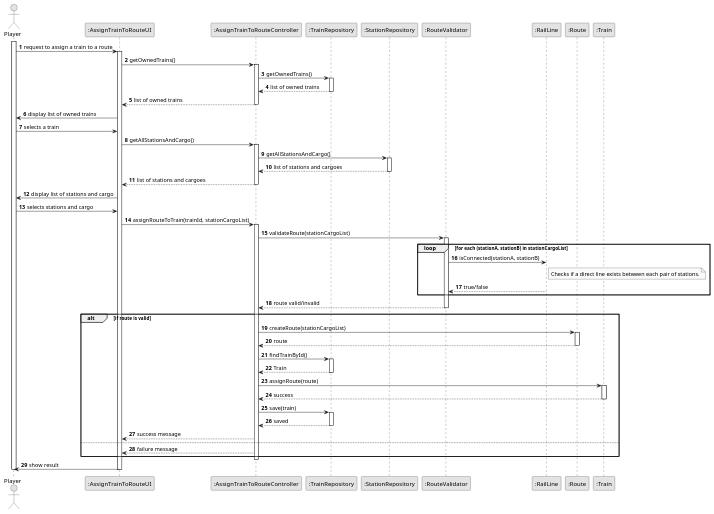
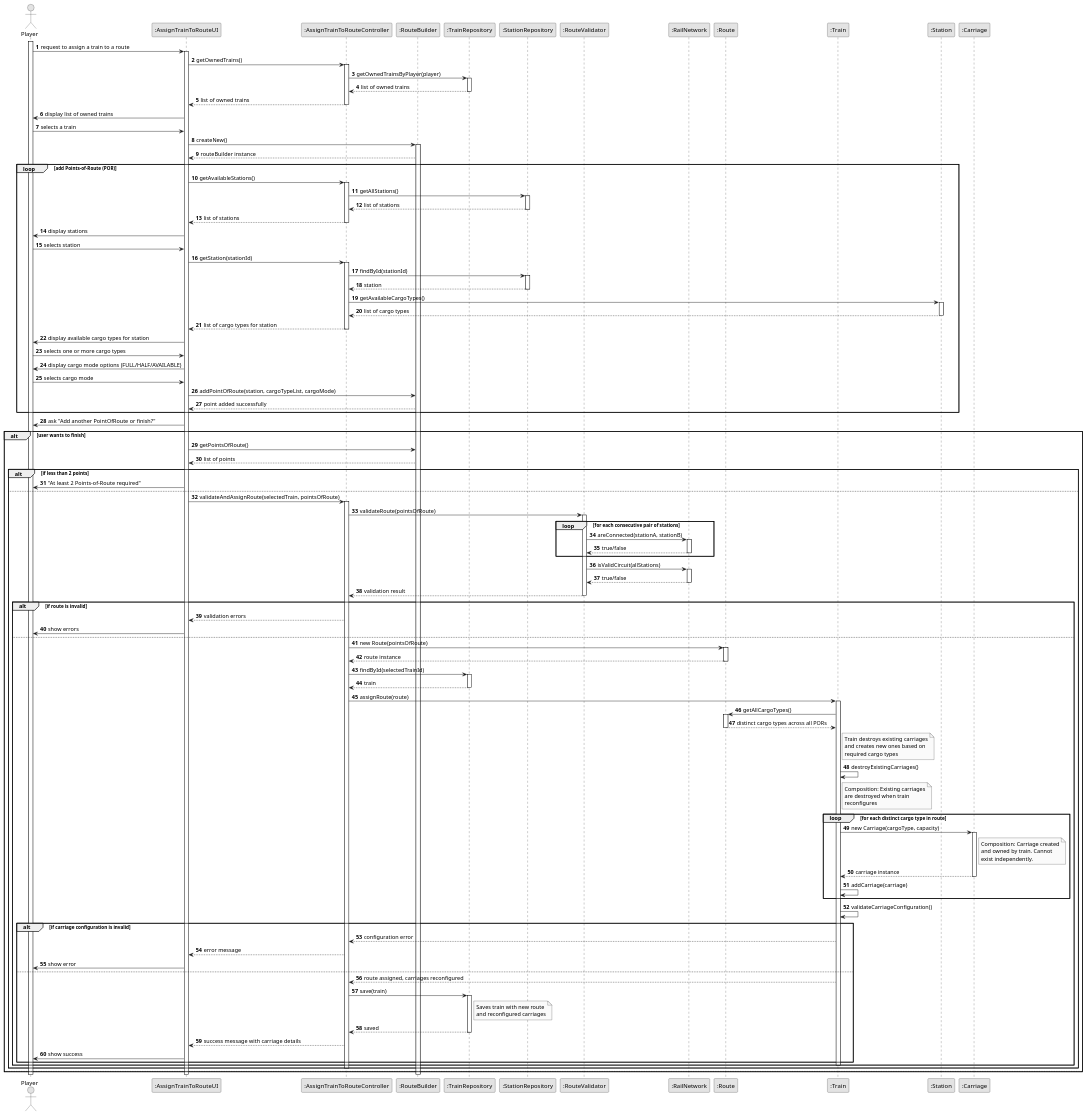
The diagram in docs/system-documentation/US010/03.design/puml/US010-SD-full.puml (1240826/empire-on-tracks), drawn with PlantUML before and after one commit. The commit also changed 3 other files, not shown here.

```diff
--- a/docs/system-documentation/US010/03.design/puml/US010-SD-full.puml
+++ b/docs/system-documentation/US010/03.design/puml/US010-SD-full.puml
@@ -1,94 +1,196 @@
 @startuml
 skinparam monochrome true
 skinparam packageStyle rectangle
 skinparam shadowing false
 
 autonumber
 
 actor Player
 participant ":AssignTrainToRouteUI" as UI
 participant ":AssignTrainToRouteController" as Controller
+participant ":RouteBuilder" as RouteBuilder
 participant ":TrainRepository" as TrainRepo
 participant ":StationRepository" as StationRepo
 participant ":RouteValidator" as RouteValidator
-participant ":RailLine" as RailLine
+participant ":RailNetwork" as RailNetwork
 participant ":Route" as Route
 participant ":Train" as Train
+participant ":Station" as Station
+participant ":Carriage" as Carriage
 
 activate Player
 Player -> UI : request to assign a train to a route
 activate UI
 
+' Get player's trains
 UI -> Controller : getOwnedTrains()
 activate Controller
-Controller -> TrainRepo : getOwnedTrains()
+Controller -> TrainRepo : getOwnedTrainsByPlayer(player)
 activate TrainRepo
 TrainRepo --> Controller : list of owned trains
 deactivate TrainRepo
 Controller --> UI : list of owned trains
 deactivate Controller
 
 UI -> Player : display list of owned trains
 Player -> UI : selects a train
 
-UI -> Controller : getAllStationsAndCargo()
-activate Controller
-Controller -> StationRepo : getAllStationsAndCargo()
-activate StationRepo
-StationRepo --> Controller : list of stations and cargoes
-deactivate StationRepo
-Controller --> UI : list of stations and cargoes
-deactivate Controller
+' Initialize route building
+UI -> RouteBuilder : createNew()
+activate RouteBuilder
+RouteBuilder --> UI : routeBuilder instance
 
-UI -> Player : display list of stations and cargo
-Player -> UI : selects stations and cargo
+'--- Begin Point-of-Route building loop ---
+loop add Points-of-Route (POR)
+    UI -> Controller : getAvailableStations()
+    activate Controller
+    Controller -> StationRepo : getAllStations()
+    activate StationRepo
+    StationRepo --> Controller : list of stations
+    deactivate StationRepo
+    Controller --> UI : list of stations
+    deactivate Controller
 
-UI -> Controller : assignRouteToTrain(trainId, stationCargoList)
-activate Controller
-Controller -> RouteValidator : validateRoute(stationCargoList)
-activate RouteValidator
+    UI -> Player : display stations
+    Player -> UI : selects station
 
-loop for each (stationA, stationB) in stationCargoList
-    RouteValidator -> RailLine : isConnected(stationA, stationB)
-    note right of RailLine
-        Checks if a direct line exists between each pair of stations.
-    end note
-    RailLine --> RouteValidator : true/false
+    UI -> Controller : getStation(stationId)
+    activate Controller
+    Controller -> StationRepo : findById(stationId)
+    activate StationRepo
+    StationRepo --> Controller : station
+    deactivate StationRepo
+
+    Controller -> Station : getAvailableCargoTypes()
+    activate Station
+    Station --> Controller : list of cargo types
+    deactivate Station
+    Controller --> UI : list of cargo types for station
+    deactivate Controller
+
+    UI -> Player : display available cargo types for station
+    Player -> UI : selects one or more cargo types
+
+    UI -> Player : display cargo mode options (FULL/HALF/AVAILABLE)
+    Player -> UI : selects cargo mode
+
+    UI -> RouteBuilder : addPointOfRoute(station, cargoTypeList, cargoMode)
+    RouteBuilder --> UI : point added successfully
 end
-' ===================================================
+'--- End Point-of-Route building loop ---
 
-RouteValidator --> Controller : route valid/invalid
-deactivate RouteValidator
+UI -> Player : ask "Add another PointOfRoute or finish?"
+alt user wants to finish
+    UI -> RouteBuilder : getPointsOfRoute()
+    RouteBuilder --> UI : list of points
 
-alt if route is valid
-    Controller -> Route : createRoute(stationCargoList)
-    activate Route
-    Route --> Controller : route
-    deactivate Route
+    alt if less than 2 points
+        UI -> Player : "At least 2 Points-of-Route required"
+    else
+        ' Validate complete route
+        UI -> Controller : validateAndAssignRoute(selectedTrain, pointsOfRoute)
+        activate Controller
+        Controller -> RouteValidator : validateRoute(pointsOfRoute)
+        activate RouteValidator
 
-    Controller -> TrainRepo : findTrainById()
-    activate TrainRepo
-    TrainRepo --> Controller : Train
-    deactivate TrainRepo
+        ' Check connectivity and circuit validity
+        loop for each consecutive pair of stations
+            RouteValidator -> RailNetwork : areConnected(stationA, stationB)
+            activate RailNetwork
+            RailNetwork --> RouteValidator : true/false
+            deactivate RailNetwork
+        end
 
-    Controller -> Train : assignRoute(route)
-    activate Train
-    Train --> Controller : success
-    deactivate Train
+        RouteValidator -> RailNetwork : isValidCircuit(allStations)
+        activate RailNetwork
+        RailNetwork --> RouteValidator : true/false
+        deactivate RailNetwork
 
-    Controller -> TrainRepo : save(train)
-    activate TrainRepo
-    TrainRepo --> Controller : saved
-    deactivate TrainRepo
+        RouteValidator --> Controller : validation result
+        deactivate RouteValidator
 
-    Controller --> UI : success message
+        alt if route is invalid
+            Controller --> UI : validation errors
+            UI -> Player : show errors
+        else
+            ' Create route
+            Controller -> Route : new Route(pointsOfRoute)
+            activate Route
+            Route --> Controller : route instance
+            deactivate Route
+
+            ' Get the train and assign route
+            Controller -> TrainRepo : findById(selectedTrainId)
+            activate TrainRepo
+            TrainRepo --> Controller : train
+            deactivate TrainRepo
+
+            Controller -> Train : assignRoute(route)
+            activate Train
+
+            ' Train reconfigures its carriages based on route requirements
+            Train -> Route : getAllCargoTypes()
+            activate Route
+            Route --> Train : distinct cargo types across all PORs
+            deactivate Route
+
+            note right of Train
+                Train destroys existing carriages
+                and creates new ones based on
+                required cargo types
+            end note
+
+            Train -> Train : destroyExistingCarriages()
+            note right of Train
+                Composition: Existing carriages
+                are destroyed when train
+                reconfigures
+            end note
+
+            loop for each distinct cargo type in route
+                Train -> Carriage : new Carriage(cargoType, capacity)
+                activate Carriage
+                note right of Carriage
+                    Composition: Carriage created
+                    and owned by train. Cannot
+                    exist independently.
+                end note
+                Carriage --> Train : carriage instance
+                deactivate Carriage
+                Train -> Train : addCarriage(carriage)
+            end
+
+            Train -> Train : validateCarriageConfiguration()
+
+            alt if carriage configuration is invalid
+                Train --> Controller : configuration error
+                Controller --> UI : error message
+                UI -> Player : show error
+            else
+                Train --> Controller : route assigned, carriages reconfigured
+
+                Controller -> TrainRepo : save(train)
+                activate TrainRepo
+                note right of TrainRepo
+                    Saves train with new route
+                    and reconfigured carriages
+                end note
+                TrainRepo --> Controller : saved
+                deactivate TrainRepo
+
+                Controller --> UI : success message with carriage details
+                UI -> Player : show success
+            end
+
+            deactivate Train
+        end
+        deactivate Controller
+    end
 else
-    Controller --> UI : failure message
+    ' Continue adding points
 end
 
-deactivate Controller
-UI -> Player : show result
-
+deactivate RouteBuilder
 deactivate UI
 deactivate Player
 @enduml
```
